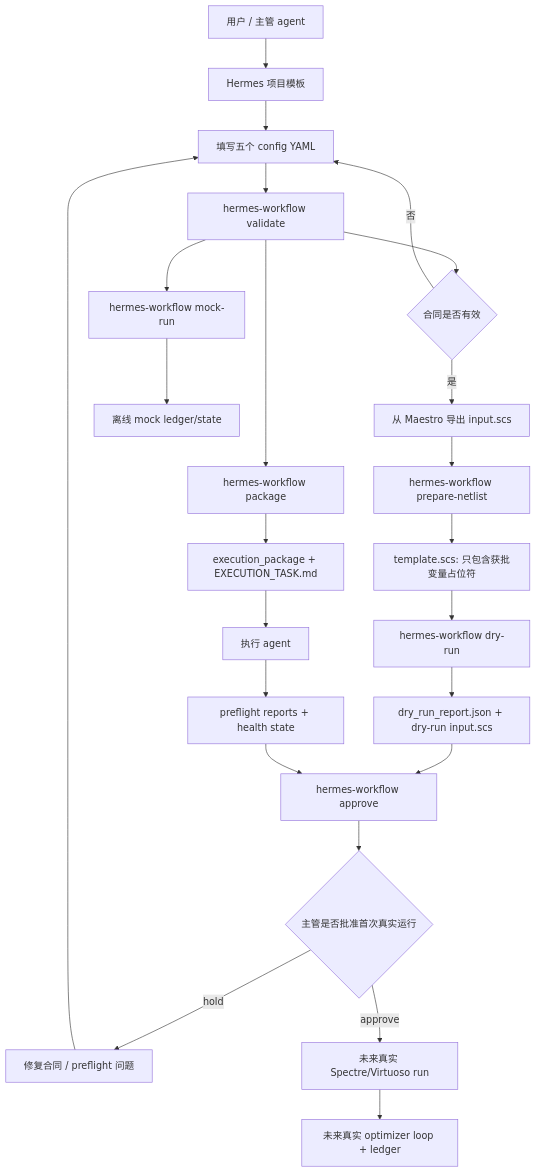
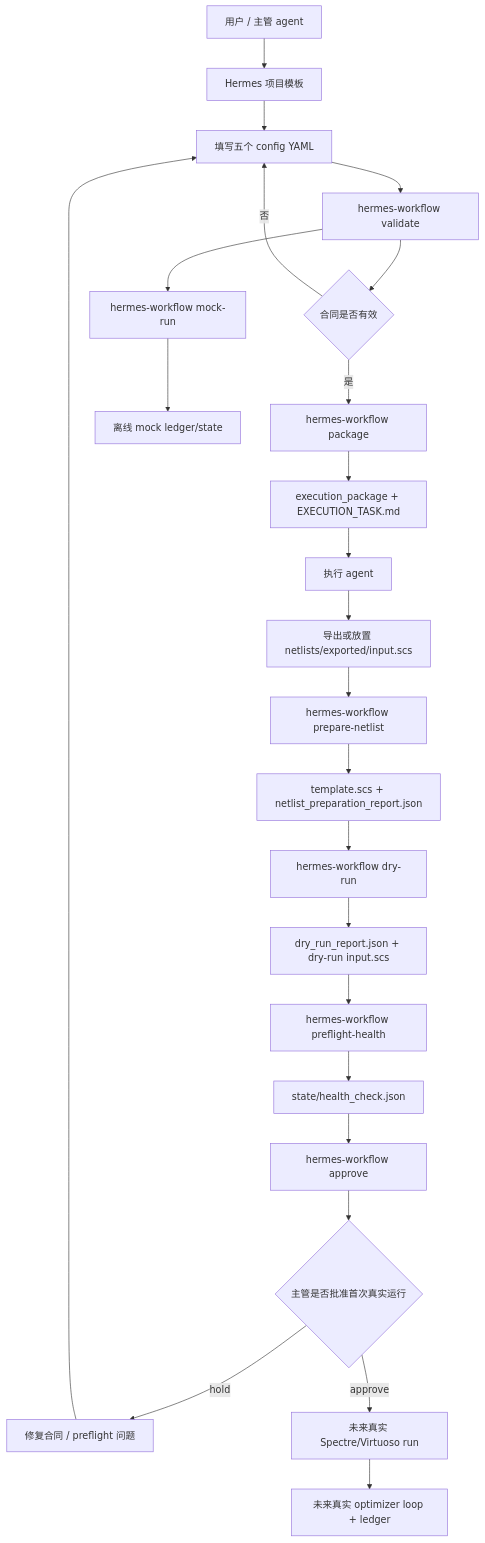
Before and after one commit to HAIDERZz/IC-opt-workflow: the diagram in docs/PROJECT_WORKFLOW_OVERVIEW.md, drawn with Mermaid. The commit also changed other lines of this file and 4 other files, not shown here.

````diff
--- a/docs/PROJECT_WORKFLOW_OVERVIEW.md
+++ b/docs/PROJECT_WORKFLOW_OVERVIEW.md
@@ -23,26 +24,26 @@
 ```mermaid
 flowchart TD
     A[用户 / 主管 agent] --> B[Hermes 项目模板]
     B --> C[填写五个 config YAML]
     C --> D[hermes-workflow validate]
     D --> E{合同是否有效}
     E -- 否 --> C
-    E -- 是 --> F[从 Maestro 导出 input.scs]
+    E -- 是 --> K[hermes-workflow package]
+    K --> L[execution_package + EXECUTION_TASK.md]
+    L --> M[执行 agent]
+    M --> F[导出或放置 netlists/exported/input.scs]
     F --> G[hermes-workflow prepare-netlist]
-    G --> H[template.scs: 只包含获批变量占位符]
+    G --> H[template.scs + netlist_preparation_report.json]
     H --> I[hermes-workflow dry-run]
     I --> J[dry_run_report.json + dry-run input.scs]
-    D --> K[hermes-workflow package]
-    K --> L[execution_package + EXECUTION_TASK.md]
-    L --> M[执行 agent]
-    M --> N[preflight reports + health state]
-    J --> O[hermes-workflow approve]
-    N --> O
-    O --> P{主管是否批准首次真实运行}
-    P -- hold --> Q[修复合同 / preflight 问题]
-    Q --> C
-    P -- approve --> R[未来真实 Spectre/Virtuoso run]
-    R --> S[未来真实 optimizer loop + ledger]
-    D --> T[hermes-workflow mock-run]
-    T --> U[离线 mock ledger/state]
+    J --> N[hermes-workflow preflight-health]
+    N --> O[state/health_check.json]
+    O --> P[hermes-workflow approve]
+    P --> Q{主管是否批准首次真实运行}
+    Q -- hold --> R[修复合同 / preflight 问题]
+    R --> C
+    Q -- approve --> S[未来真实 Spectre/Virtuoso run]
+    S --> T[未来真实 optimizer loop + ledger]
+    D --> U[hermes-workflow mock-run]
+    U --> V[离线 mock ledger/state]
 ```
````
